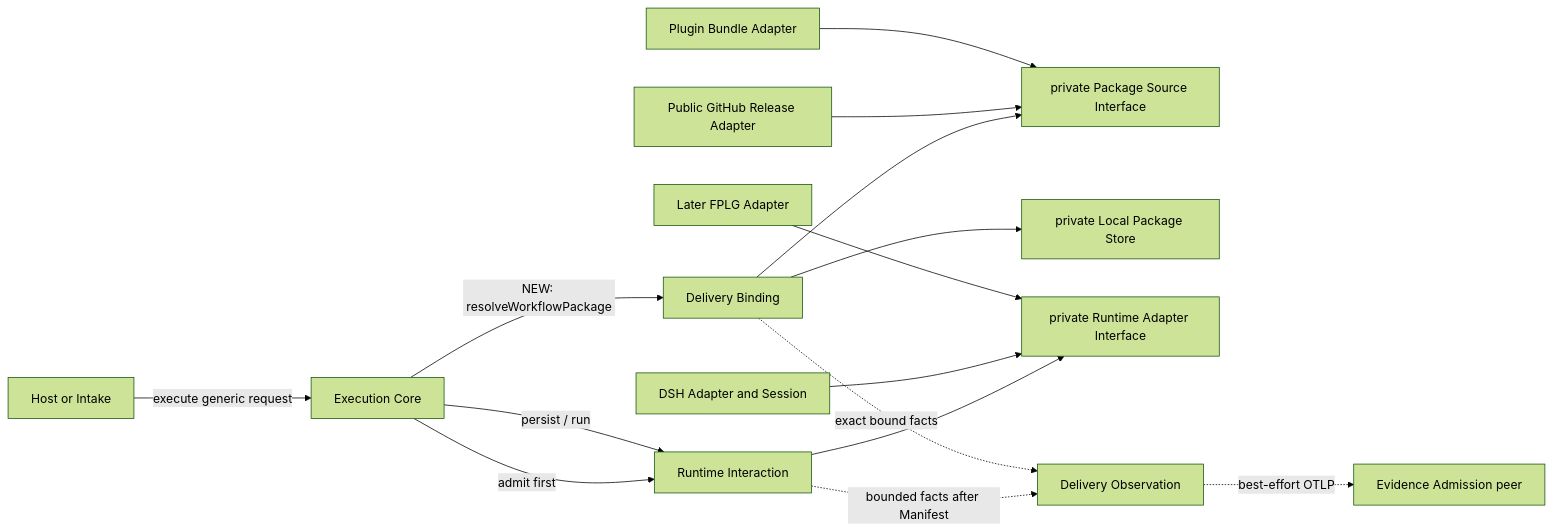
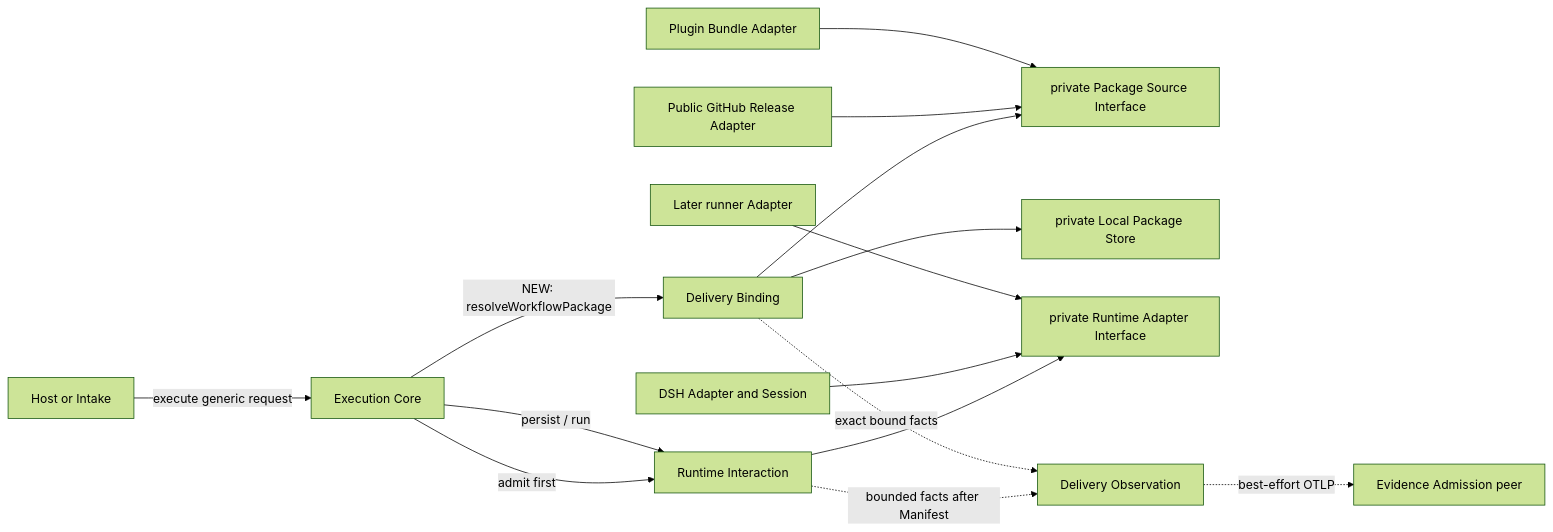
Before and after one commit to firestige/workflow-self-recursive: the first of 4 diagrams in docs/systems/execution/project-execution-system.md, drawn with Mermaid (forest theme). The commit also changed other lines of this file and 14 other files, not shown here.

First line of the commit message:
docs: rename FPLG → runner and Agent Ops Ledger → workflow-self-recursive

````diff
--- a/docs/systems/execution/project-execution-system.md
+++ b/docs/systems/execution/project-execution-system.md
@@ -111,17 +111,17 @@
 ```mermaid
 flowchart LR
     Host[Host or Intake] -->|execute generic request| Core[Execution Core]
     Core -->|admit first| M02[Runtime Interaction]
     Core -->|NEW: resolveWorkflowPackage| M01[Delivery Binding]
     M01 --> Source[private Package Source Interface]
     GitHub[Public GitHub Release Adapter] --> Source
     Bundle[Plugin Bundle Adapter] --> Source
     M01 --> Store[private Local Package Store]
     Core -->|persist / run| M02
     M02 --> Runtime[private Runtime Adapter Interface]
     DSH[DSH Adapter and Session] --> Runtime
-    FPLG[Later FPLG Adapter] --> Runtime
+    runner[Later runner Adapter] --> Runtime
     M02 -. bounded facts after Manifest .-> M03[Delivery Observation]
     M01 -. exact bound facts .-> M03
     M03 -. best-effort OTLP .-> Evidence[Evidence Admission peer]
 ```
````
